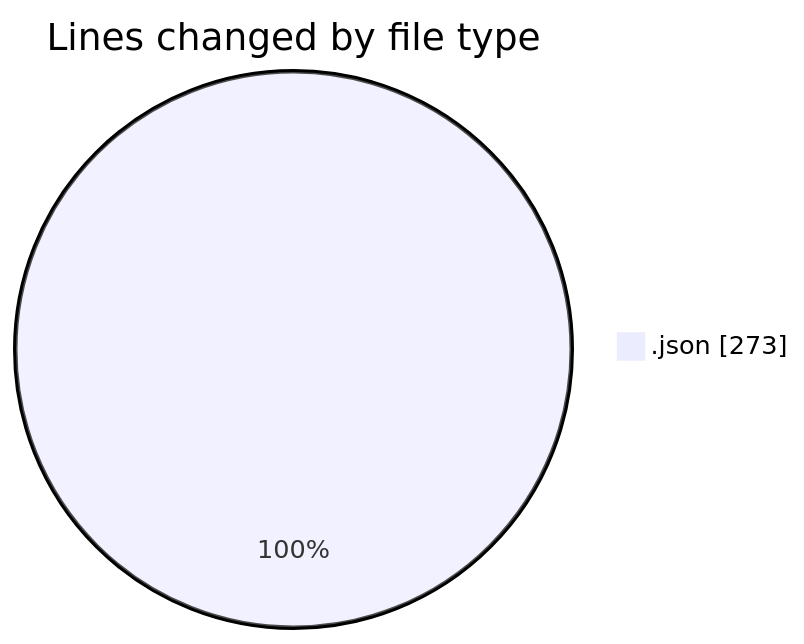
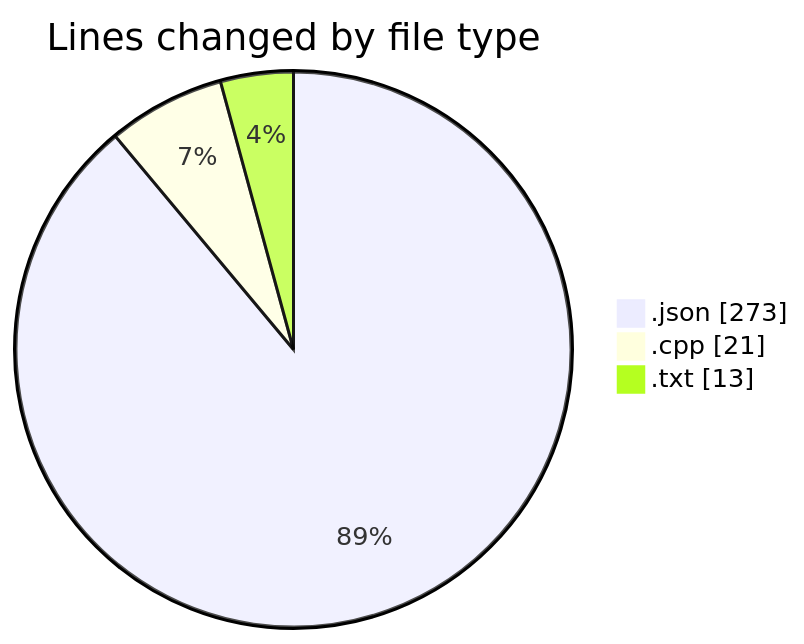
Before and after one commit to Netris89/code-tracking: the first of 2 diagrams in 2025-04-19/parse/README.md, drawn with Mermaid. The commit also changed other lines of this file and 1 other file, not shown here.

````diff
--- a/2025-04-19/parse/README.md
+++ b/2025-04-19/parse/README.md
@@ -20,5 +22,7 @@
 ```mermaid
 pie showData
 title Lines changed by file type
 ".json" : 273
+".cpp" : 21
+".txt" : 13
 ```
````
